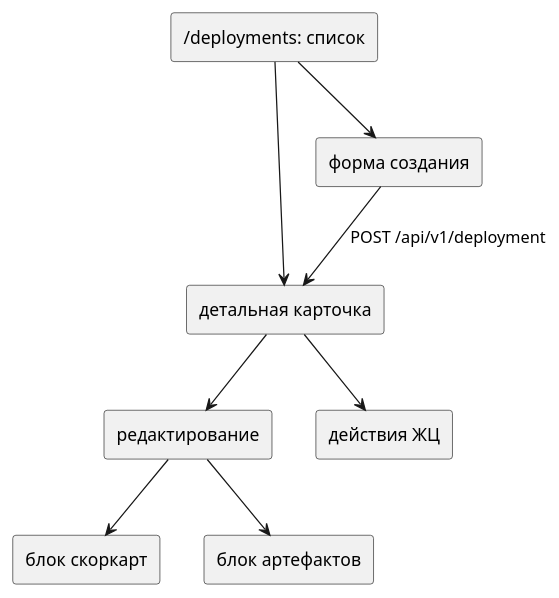
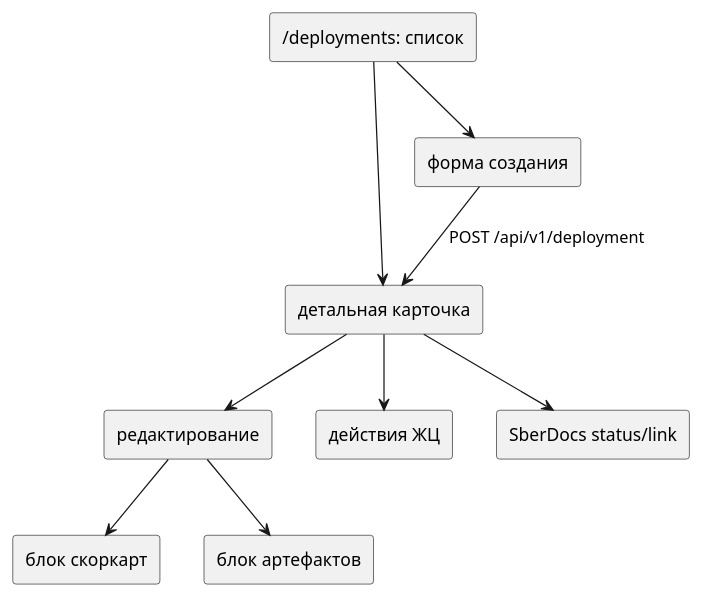
Before and after one commit to shuhart75/changeswork-copy: the diagram in features/deployments/slices/workspace/requirements/frontend.md, drawn with PlantUML. The commit also changed other lines of this file and 90 other files, not shown here.

````diff
--- a/features/deployments/slices/workspace/requirements/frontend.md
+++ b/features/deployments/slices/workspace/requirements/frontend.md
@@ -16,19 +16,21 @@
 ```plantuml
 @startuml
 top to bottom direction
 rectangle "/deployments: список" as L
 rectangle "детальная карточка" as D
 rectangle "форма создания" as C
 rectangle "редактирование" as E
 rectangle "блок скоркарт" as S
 rectangle "блок артефактов" as A
 rectangle "действия ЖЦ" as X
+rectangle "SberDocs status/link" as SD
 L --> D
 L --> C
 C --> D : POST /api/v1/deployment
 D --> E
 E --> S
 E --> A
 D --> X
+D --> SD
 @enduml
 ```
````
